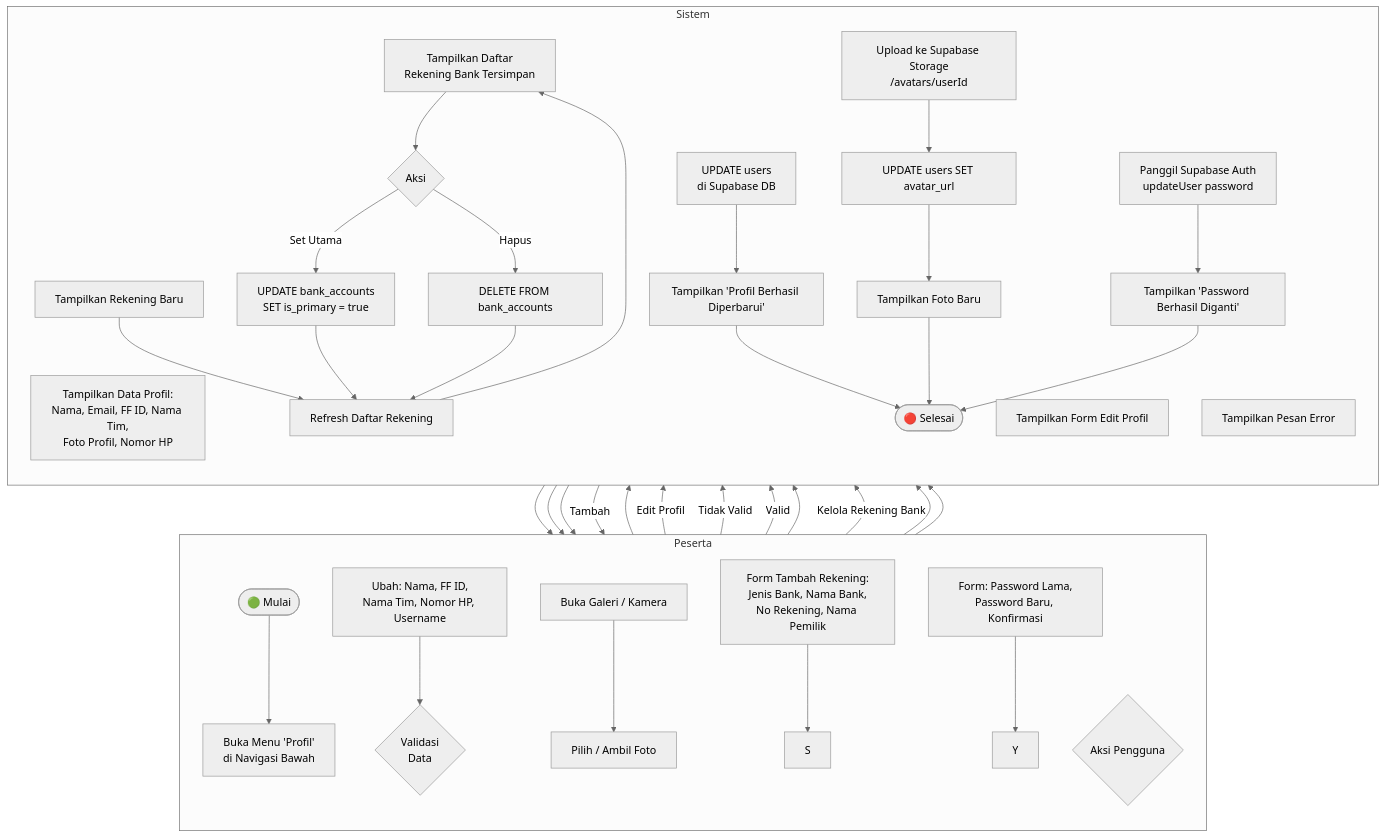
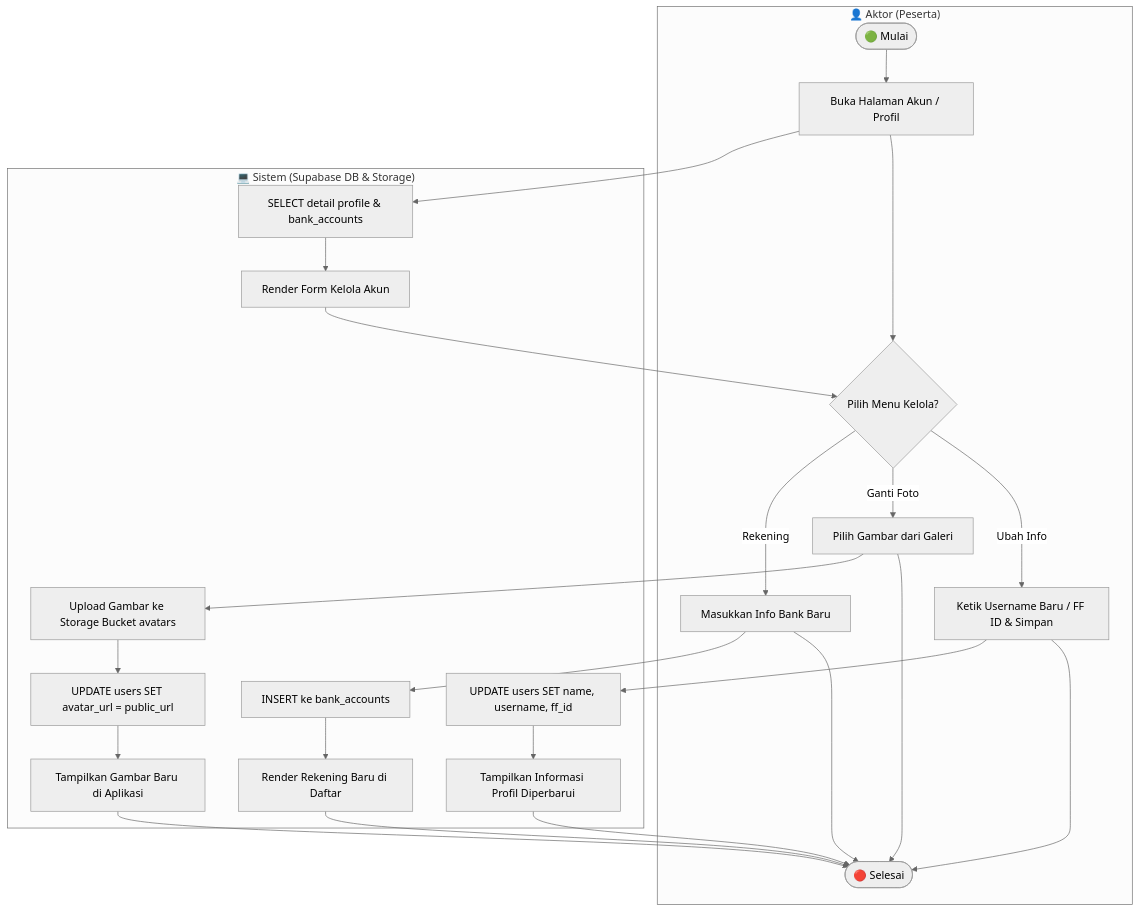
Before and after one commit to yosima050/booyahhub: diagram 13 of 43 in DOKUMENTASI.md, drawn with Mermaid (neutral theme). The commit also changed other lines of this file, not shown here.

````diff
--- a/DOKUMENTASI.md
+++ b/DOKUMENTASI.md
@@ -604,38 +469,23 @@
 ```mermaid
 flowchart TD
-    subgraph Peserta
-        direction TB
-        A([🟢 Mulai]) --> B[Buka Menu 'Profil'<br/>di Navigasi Bawah]
-        D{Aksi Pengguna}
-        F[Ubah: Nama, FF ID,<br/>Nama Tim, Nomor HP, Username] --> G
-        K[Buka Galeri / Kamera] --> L[Pilih / Ambil Foto]
-        R[Form Tambah Rekening:<br/>Jenis Bank, Nama Bank,<br/>No Rekening, Nama Pemilik] --> S
-        X[Form: Password Lama,<br/>Password Baru, Konfirmasi] --> Y
+    subgraph Aktor ["👤 Aktor (Peserta)"]
+        L1([🟢 Mulai]) --> L2[Buka Halaman Akun / Profil]
+        L2 --> L3{Pilih Menu Kelola?}
+        L3 -->|Ubah Info| L4[Ketik Username Baru / FF ID & Simpan]
+        L3 -->|Ganti Foto| L5[Pilih Gambar dari Galeri]
+        L3 -->|Rekening| L6[Masukkan Info Bank Baru]
+        L4 & L5 & L6 --> L7([🔴 Selesai])
     end
 
-    subgraph Sistem
-        direction TB
-        B --> C[Tampilkan Data Profil:<br/>Nama, Email, FF ID, Nama Tim,<br/>Foto Profil, Nomor HP]
-        C --> D
-        D -->|Edit Profil| E[Tampilkan Form Edit Profil]
-        E --> F
-        G{Validasi<br/>Data} -->|Tidak Valid| H[Tampilkan Pesan Error]
-        H --> F
-        G -->|Valid| I[UPDATE users<br/>di Supabase DB]
-        I --> J[Tampilkan 'Profil Berhasil Diperbarui']
-        L --> M[Upload ke Supabase Storage<br/>/avatars/userId]
-        M --> N[UPDATE users SET avatar_url]
-        N --> O[Tampilkan Foto Baru]
-        D -->|Kelola Rekening Bank| P[Tampilkan Daftar<br/>Rekening Bank Tersimpan]
-        P --> Q{Aksi}
-        Q -->|Tambah| R
-        S --> T[Tampilkan Rekening Baru]
-        Q -->|Set Utama| U[UPDATE bank_accounts<br/>SET is_primary = true]
-        Q -->|Hapus| V[DELETE FROM bank_accounts]
-        T & U & V --> W[Refresh Daftar Rekening]
-        W --> P
-        Y --> Z[Panggil Supabase Auth<br/>updateUser password]
-        Z --> AA[Tampilkan 'Password Berhasil Diganti']
-        J & O & AA --> AB([🔴 Selesai])
+    subgraph Sistem ["💻 Sistem (Supabase DB & Storage)"]
+        L2 --> S1[SELECT detail profile & bank_accounts]
+        S1 --> S2[Render Form Kelola Akun] --> L3
+        L4 --> S3[UPDATE users SET name, username, ff_id]
+        S3 --> S4[Tampilkan Informasi Profil Diperbarui] --> L7
+        L5 --> S5[Upload Gambar ke Storage Bucket avatars]
+        S5 --> S6[UPDATE users SET avatar_url = public_url]
+        S6 --> S7[Tampilkan Gambar Baru di Aplikasi] --> L7
+        L6 --> S8[INSERT ke bank_accounts]
+        S8 --> S9[Render Rekening Baru di Daftar] --> L7
     end
 ```
````
